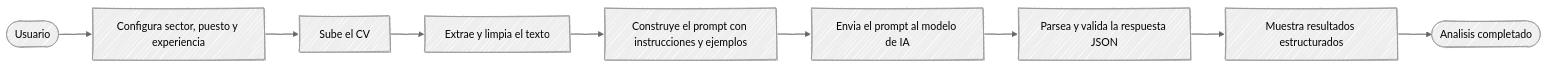
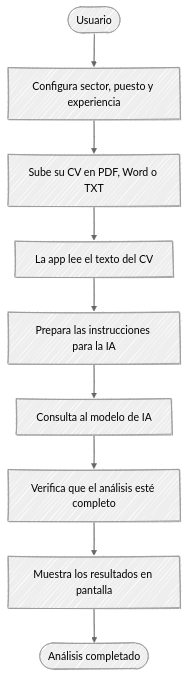
The first of 2 diagrams in README.md (jamarcas1984/cv-assistant-ai), drawn with Mermaid before and after one commit. The commit also changed other lines of this file and 1 other file, not shown here.

````diff
--- a/README.md
+++ b/README.md
@@ -93,16 +93,16 @@
 ```mermaid
 ---
 config:
   look: handDrawn
   theme: neutral
 ---
-flowchart LR
+flowchart TD
     U([Usuario]) --> A[Configura sector, puesto y experiencia]
-    A --> B[Sube el CV]
-    B --> C[Extrae y limpia el texto]
-    C --> D[Construye el prompt con instrucciones y ejemplos]
-    D --> E[Envia el prompt al modelo de IA]
-    E --> F[Parsea y valida la respuesta JSON]
-    F --> G[Muestra resultados estructurados]
-    G --> R([Analisis completado])
+    A --> B[Sube su CV en PDF, Word o TXT]
+    B --> C[La app lee el texto del CV]
+    C --> D[Prepara las instrucciones para la IA]
+    D --> E[Consulta al modelo de IA]
+    E --> F[Verifica que el análisis esté completo]
+    F --> G[Muestra los resultados en pantalla]
+    G --> R([Análisis completado])
 ```
````
